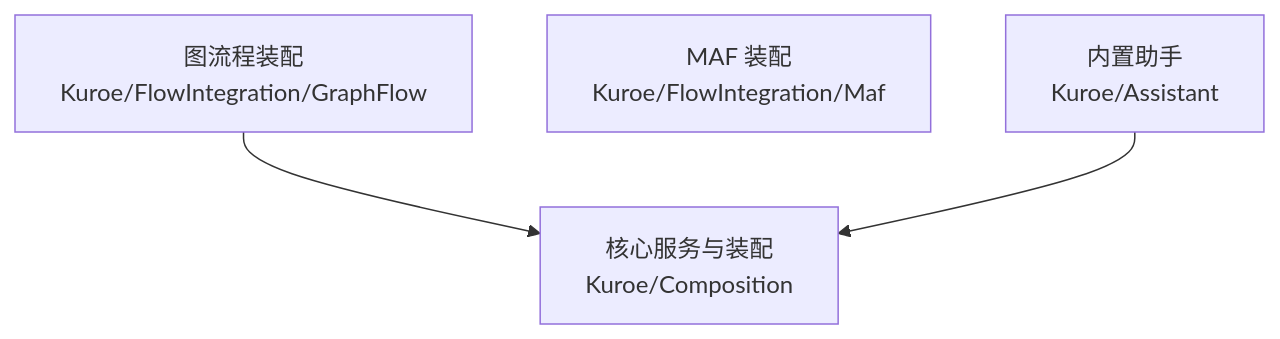
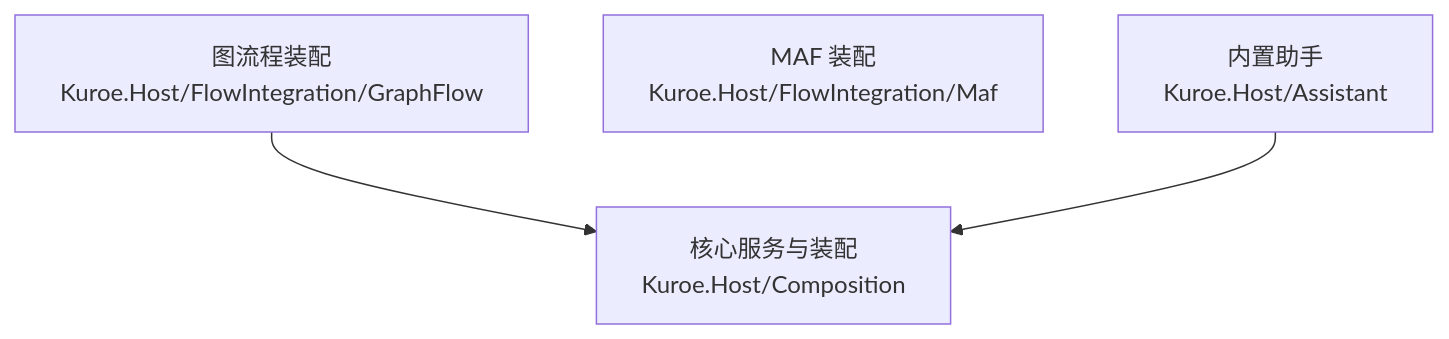
The diagram in docs/dev/architecture/functional-boundary/assembly/index.md (DrMelt/Kuroe), drawn with Mermaid before and after one commit. The commit also changed other lines of this file and 1065 other files, not shown here.

Commit message:
宿主目录 Kuroe 改名为 Kuroe.Host

````diff
--- a/docs/dev/architecture/functional-boundary/assembly/index.md
+++ b/docs/dev/architecture/functional-boundary/assembly/index.md
@@ -5,9 +5,9 @@
 ```mermaid
 flowchart TD
-    Composition["核心服务与装配<br>Kuroe/Composition"]
-    GraphFlow["图流程装配<br>Kuroe/FlowIntegration/GraphFlow"]
-    Maf["MAF 装配<br>Kuroe/FlowIntegration/Maf"]
-    Assistant["内置助手<br>Kuroe/Assistant"]
+    Composition["核心服务与装配<br>Kuroe.Host/Composition"]
+    GraphFlow["图流程装配<br>Kuroe.Host/FlowIntegration/GraphFlow"]
+    Maf["MAF 装配<br>Kuroe.Host/FlowIntegration/Maf"]
+    Assistant["内置助手<br>Kuroe.Host/Assistant"]
     GraphFlow --> Composition
     Assistant --> Composition
 ```
````
